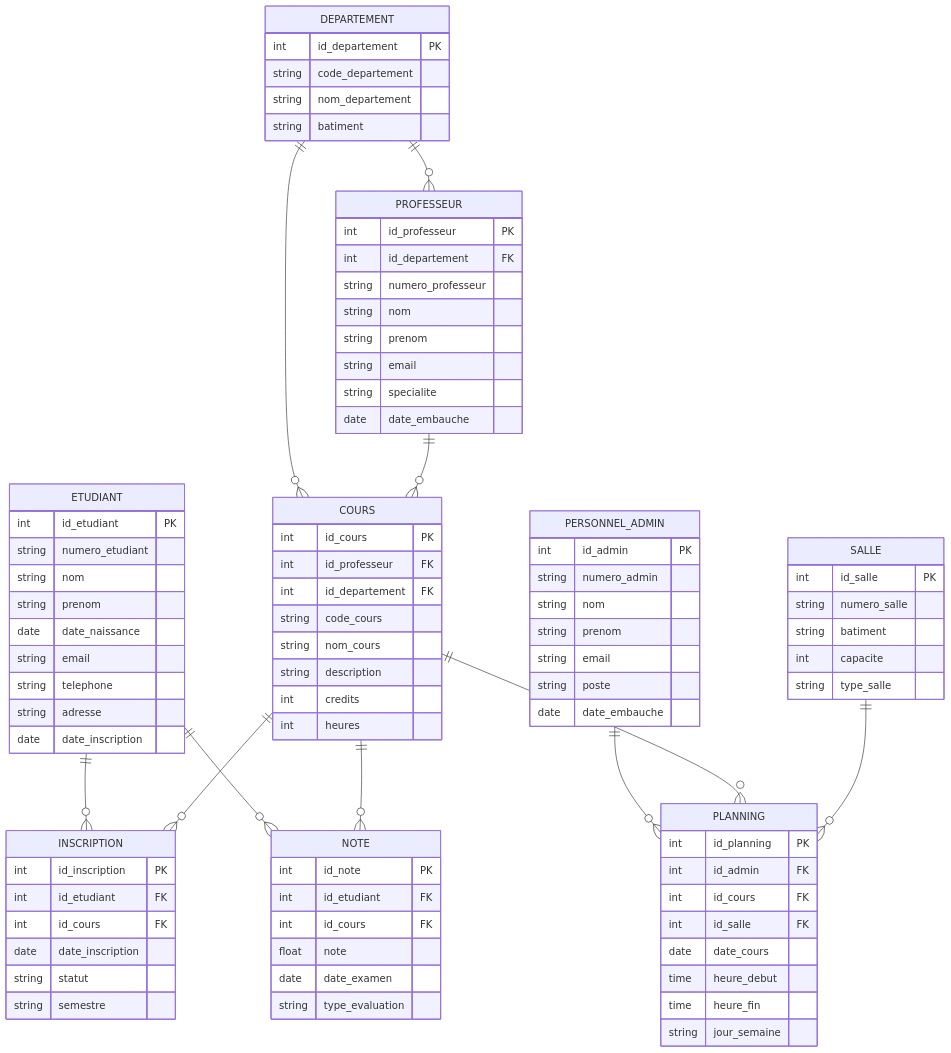
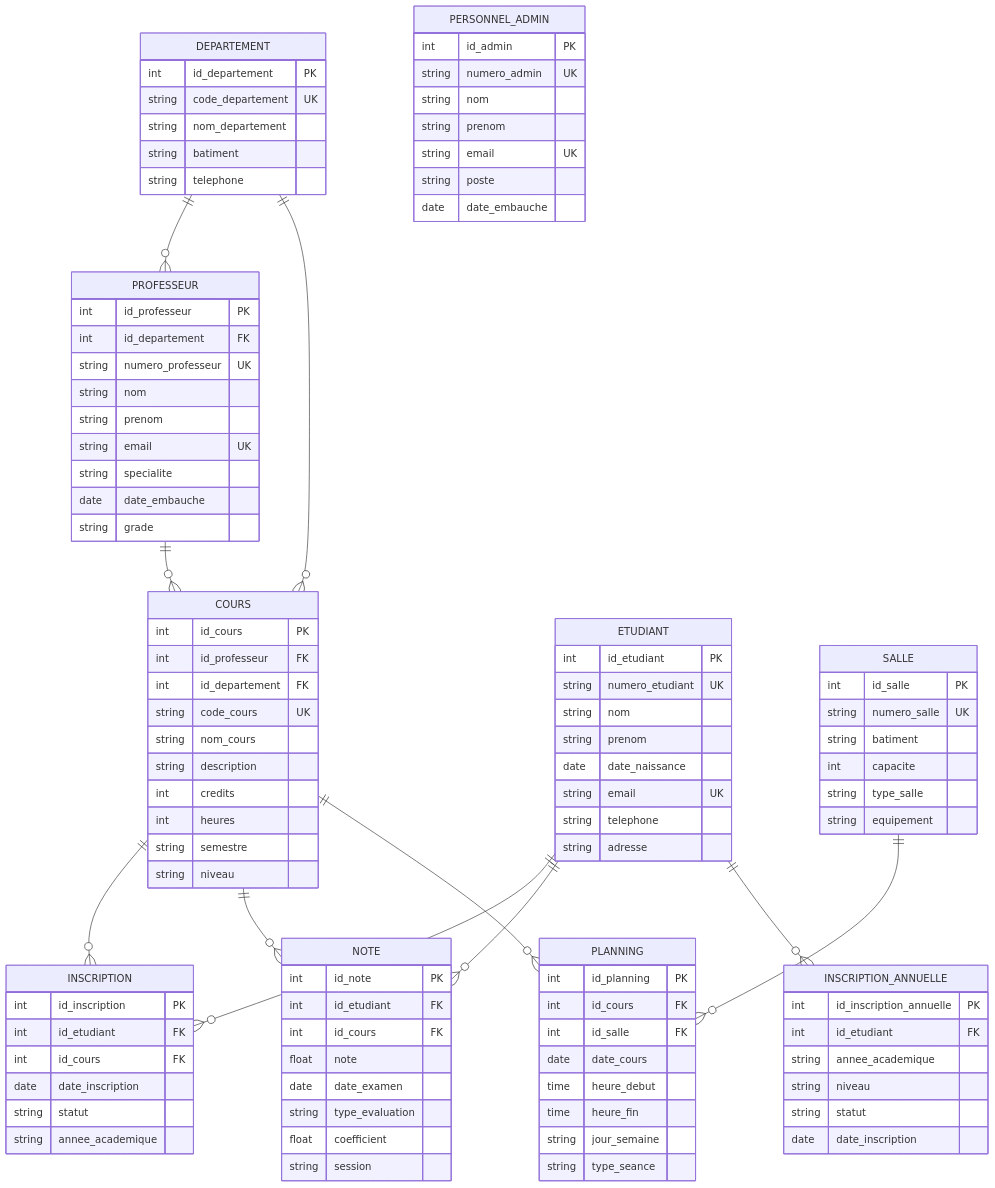
Before and after one commit to seyli01/DEV: the diagram in MLD.mmd, drawn with Mermaid.

```diff
--- a/MLD.mmd
+++ b/MLD.mmd
@@ -1,99 +1,114 @@
 erDiagram
     DEPARTEMENT ||--o{ PROFESSEUR : ""
     DEPARTEMENT ||--o{ COURS : ""
     PROFESSEUR ||--o{ COURS : ""
     ETUDIANT ||--o{ INSCRIPTION : ""
     COURS ||--o{ INSCRIPTION : ""
     ETUDIANT ||--o{ NOTE : ""
     COURS ||--o{ NOTE : ""
-    PERSONNEL_ADMIN ||--o{ PLANNING : ""
     COURS ||--o{ PLANNING : ""
     SALLE ||--o{ PLANNING : ""
-
+    ETUDIANT ||--o{ INSCRIPTION_ANNUELLE : ""
+    
     ETUDIANT {
         int id_etudiant PK
-        string numero_etudiant
+        string numero_etudiant UK
         string nom
         string prenom
         date date_naissance
-        string email
+        string email UK
         string telephone
         string adresse
-        date date_inscription
     }
-
+    
     PROFESSEUR {
         int id_professeur PK
         int id_departement FK
-        string numero_professeur
+        string numero_professeur UK
         string nom
         string prenom
-        string email
+        string email UK
         string specialite
         date date_embauche
+        string grade
     }
-
+    
     COURS {
         int id_cours PK
         int id_professeur FK
         int id_departement FK
-        string code_cours
+        string code_cours UK
         string nom_cours
         string description
         int credits
         int heures
+        string semestre
+        string niveau
     }
-
+    
     DEPARTEMENT {
         int id_departement PK
-        string code_departement
+        string code_departement UK
         string nom_departement
         string batiment
+        string telephone
     }
-
+    
     PERSONNEL_ADMIN {
         int id_admin PK
-        string numero_admin
+        string numero_admin UK
         string nom
         string prenom
-        string email
+        string email UK
         string poste
         date date_embauche
     }
-
+    
     SALLE {
         int id_salle PK
-        string numero_salle
+        string numero_salle UK
         string batiment
         int capacite
         string type_salle
+        string equipement
     }
-
+    
     INSCRIPTION {
         int id_inscription PK
         int id_etudiant FK
         int id_cours FK
         date date_inscription
         string statut
-        string semestre
+        string annee_academique
     }
-
+    
+    INSCRIPTION_ANNUELLE {
+        int id_inscription_annuelle PK
+        int id_etudiant FK
+        string annee_academique
+        string niveau
+        string statut
+        date date_inscription
+    }
+    
     NOTE {
         int id_note PK
         int id_etudiant FK
         int id_cours FK
         float note
         date date_examen
         string type_evaluation
+        float coefficient
+        string session
     }
-
+    
     PLANNING {
         int id_planning PK
-        int id_admin FK
         int id_cours FK
         int id_salle FK
         date date_cours
         time heure_debut
         time heure_fin
         string jour_semaine
+        string type_seance
     }
```
